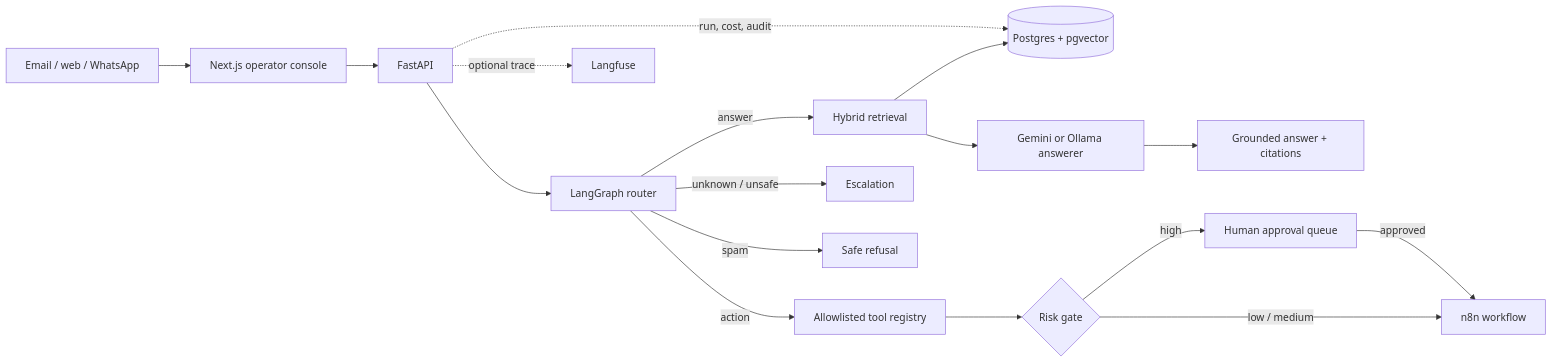
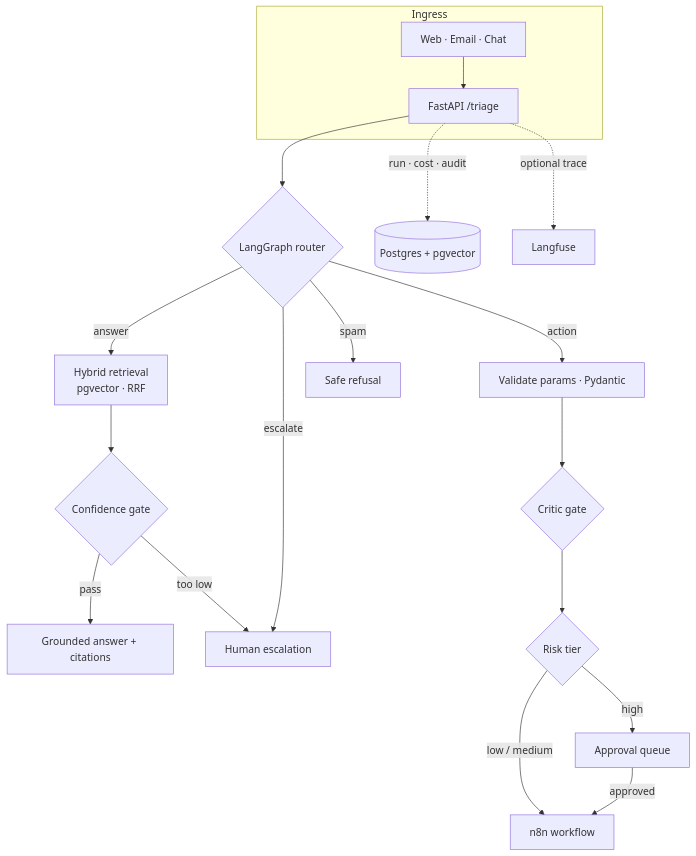
The diagram in README.md (achal2005/sentinel-rag), drawn with Mermaid before and after one commit. The commit also changed other lines of this file, not shown here.

First line of the commit message:
Rewrite README in a warmer, more human tone

````diff
--- a/README.md
+++ b/README.md
@@ -40,23 +46,26 @@
 ```mermaid
-flowchart LR
-    A[Email / web / WhatsApp] --> B[Next.js operator console]
-    B --> C[FastAPI]
-    C --> D[LangGraph router]
+flowchart TB
+    subgraph Ingress
+        CH[Web · Email · Chat] --> API[FastAPI /triage]
+    end
 
-    D -->|answer| E[Hybrid retrieval]
-    E --> F[(Postgres + pgvector)]
-    E --> G[Gemini or Ollama answerer]
-    G --> H[Grounded answer + citations]
+    API --> R{LangGraph router}
 
-    D -->|action| I[Allowlisted tool registry]
-    I --> J{Risk gate}
-    J -->|low / medium| K[n8n workflow]
-    J -->|high| L[Human approval queue]
-    L -->|approved| K
+    R -->|answer| RET[Hybrid retrieval<br/>pgvector · RRF]
+    RET --> GATE{Confidence gate}
+    GATE -->|pass| ANS[Grounded answer + citations]
+    GATE -->|too low| ESC[Human escalation]
 
-    D -->|unknown / unsafe| M[Escalation]
-    D -->|spam| N[Safe refusal]
+    R -->|action| VAL[Validate params · Pydantic]
+    VAL --> CRIT{Critic gate}
+    CRIT --> RISK{Risk tier}
+    RISK -->|low / medium| N8N[n8n workflow]
+    RISK -->|high| APP[Approval queue]
+    APP -->|approved| N8N
 
-    C -. run, cost, audit .-> F
-    C -. optional trace .-> O[Langfuse]
+    R -->|escalate| ESC
+    R -->|spam| REJ[Safe refusal]
+
+    API -. run · cost · audit .-> DB[(Postgres + pgvector)]
+    API -. optional trace .-> LF[Langfuse]
 ```
````
